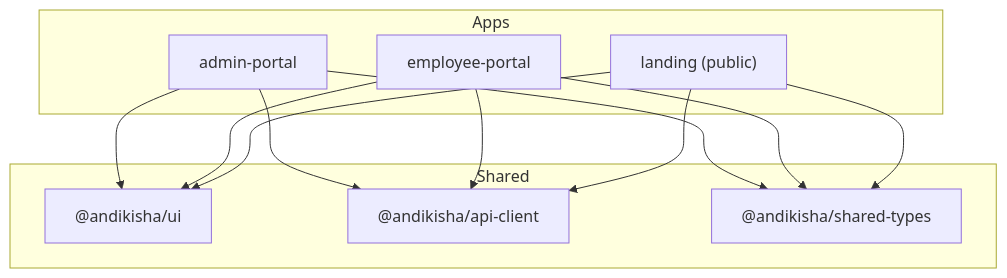
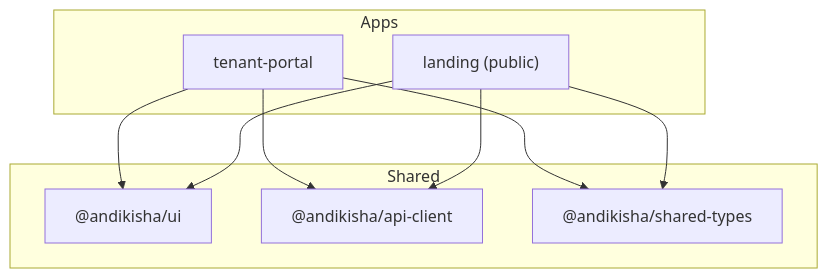
Before and after one commit to Geche/andikisha: the diagram in frontend/README.md, drawn with Mermaid. The commit also changed other lines of this file and 1 other file, not shown here.

First line of the commit message:
docs: update READMEs — replace two-portal model with tenant-portal

````diff
--- a/frontend/README.md
+++ b/frontend/README.md
@@ -29,24 +30,20 @@
 ```mermaid
 graph TD
     subgraph Apps
         L["landing (public)"]
-        A["admin-portal"]
-        E["employee-portal"]
+        TP["tenant-portal"]
     end
 
     subgraph Shared
         U["@andikisha/ui"]
         C["@andikisha/api-client"]
         T["@andikisha/shared-types"]
     end
 
-    A --> U
-    A --> C
-    A --> T
-    E --> U
-    E --> C
-    E --> T
+    TP --> U
+    TP --> C
+    TP --> T
     L --> U
     L --> C
     L --> T
 ```
````
